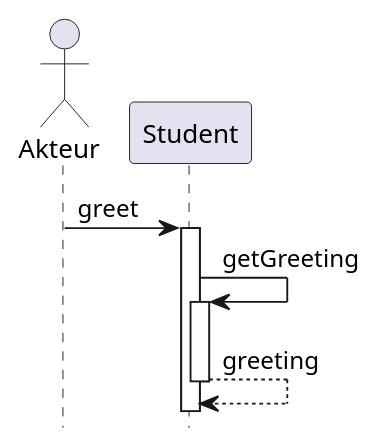
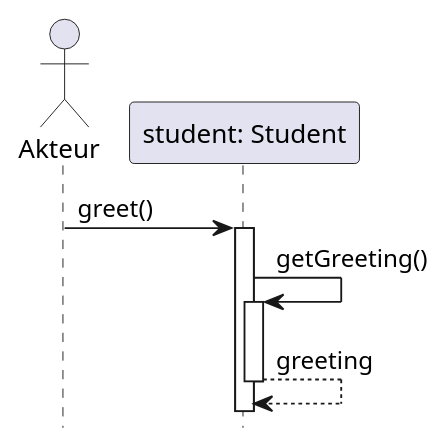
The diagram in infomaterial/theorie/sequenzdiagramme_2/s2.puml (MaximilianHertenstein/tgi_12), drawn with PlantUML before and after one commit. The commit also changed 306 other files, not shown here.

```diff
--- a/infomaterial/theorie/sequenzdiagramme_2/s2.puml
+++ b/infomaterial/theorie/sequenzdiagramme_2/s2.puml
@@ -1,8 +1,10 @@
 @startuml s2
 autoactivate on 
 hide footbox
 actor Akteur
-  Akteur -> Student : greet
-  Student -> Student : getGreeting
+participant "student: Student" as Student
+
+  Akteur -> Student : greet()
+  Student -> Student : getGreeting()
   return greeting
 @enduml
```
